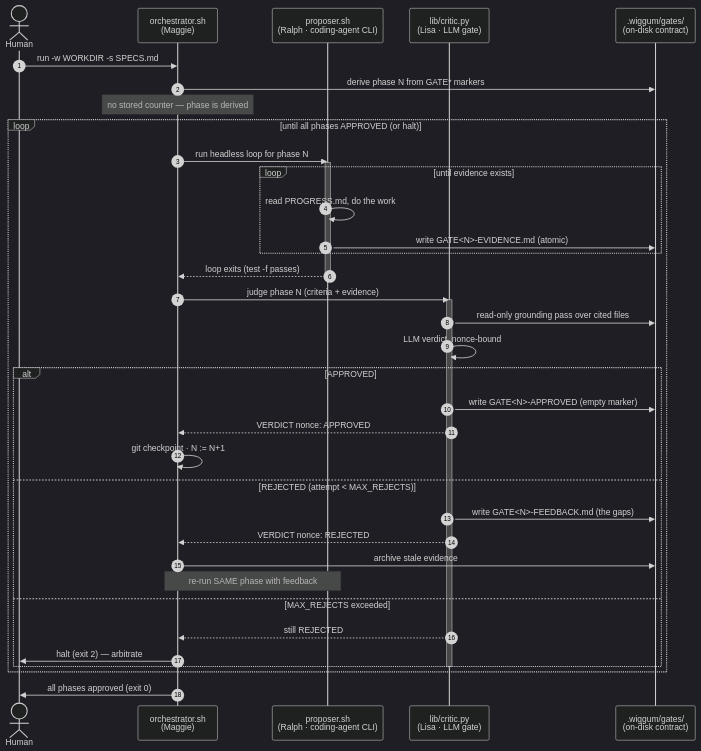
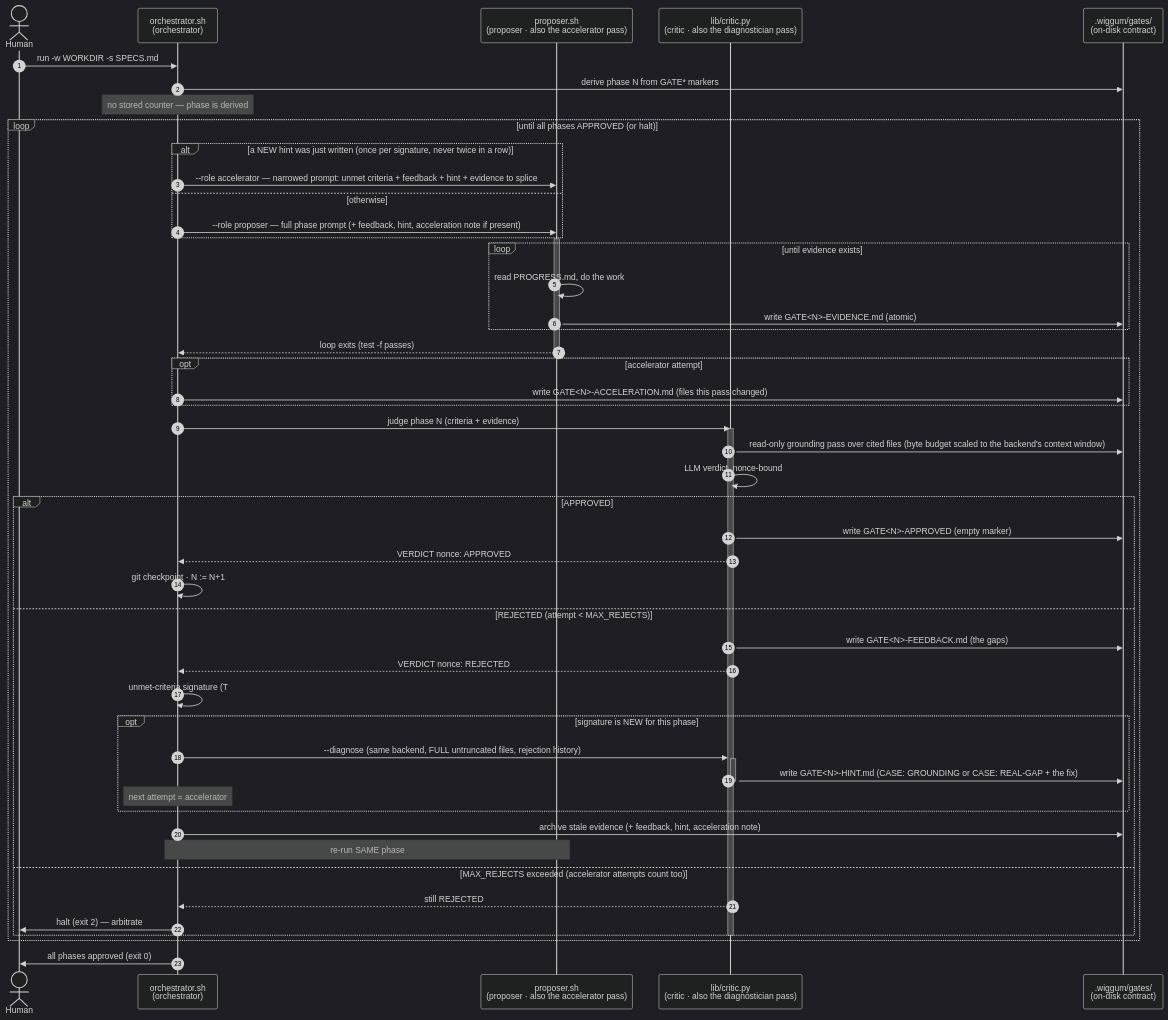
The diagram in README.md (mairp/specstride), drawn with Mermaid (dark theme) before and after one commit. The commit also changed other lines of this file and 3 other files, not shown here.

First line of the commit message:
docs: diagrams cover diagnostician + accelerator; drop the cast

````diff
--- a/README.md
+++ b/README.md
@@ -214,45 +209,60 @@
 ```mermaid
 sequenceDiagram
     autonumber
     actor Human
-    participant O as orchestrator.sh<br/>(Maggie)
-    participant P as proposer.sh<br/>(Ralph · coding-agent CLI)
-    participant C as lib/critic.py<br/>(Lisa · LLM gate)
+    participant O as orchestrator.sh<br/>(orchestrator)
+    participant P as proposer.sh<br/>(proposer · also the accelerator pass)
+    participant C as lib/critic.py<br/>(critic · also the diagnostician pass)
     participant FS as .wiggum/gates/<br/>(on-disk contract)
 
     Human->>O: run -w WORKDIR -s SPECS.md
     O->>FS: derive phase N from GATE* markers
     Note over O: no stored counter — phase is derived
 
     loop until all phases APPROVED (or halt)
-        O->>P: run headless loop for phase N
+        alt a NEW hint was just written (once per signature, never twice in a row)
+            O->>P: --role accelerator — narrowed prompt: unmet criteria + feedback + hint + evidence to splice
+        else otherwise
+            O->>P: --role proposer — full phase prompt (+ feedback, hint, acceleration note if present)
+        end
         activate P
         loop until evidence exists
             P->>P: read PROGRESS.md, do the work
             P->>FS: write GATE<N>-EVIDENCE.md (atomic)
         end
         P-->>O: loop exits (test -f passes)
         deactivate P
+        opt accelerator attempt
+            O->>FS: write GATE<N>-ACCELERATION.md (files this pass changed)
+        end
 
         O->>C: judge phase N (criteria + evidence)
         activate C
-        C->>FS: read-only grounding pass over cited files
+        C->>FS: read-only grounding pass over cited files (byte budget scaled to the backend's context window)
         C->>C: LLM verdict, nonce-bound
         alt APPROVED
             C->>FS: write GATE<N>-APPROVED (empty marker)
             C-->>O: VERDICT nonce: APPROVED
             O->>O: git checkpoint · N := N+1
         else REJECTED (attempt < MAX_REJECTS)
             C->>FS: write GATE<N>-FEEDBACK.md (the gaps)
             C-->>O: VERDICT nonce: REJECTED
-            O->>FS: archive stale evidence
-            Note over O,P: re-run SAME phase with feedback
-        else MAX_REJECTS exceeded
+            O->>O: unmet-criteria signature (T### IDs the feedback names, or a prose hash)
+            opt signature is NEW for this phase
+                O->>C: --diagnose (same backend, FULL untruncated files, rejection history)
+                activate C
+                C->>FS: write GATE<N>-HINT.md (CASE: GROUNDING or CASE: REAL-GAP + the fix)
+                deactivate C
+                Note over O: next attempt = accelerator
+            end
+            O->>FS: archive stale evidence (+ feedback, hint, acceleration note)
+            Note over O,P: re-run SAME phase
+        else MAX_REJECTS exceeded (accelerator attempts count too)
             C-->>O: still REJECTED
             O->>Human: halt (exit 2) — arbitrate
         end
         deactivate C
     end
 
     O->>Human: all phases approved (exit 0)
 ```
````
